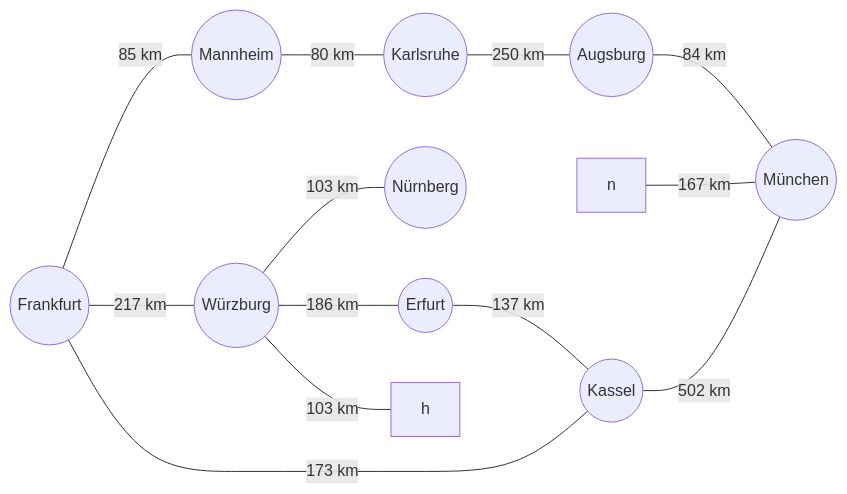
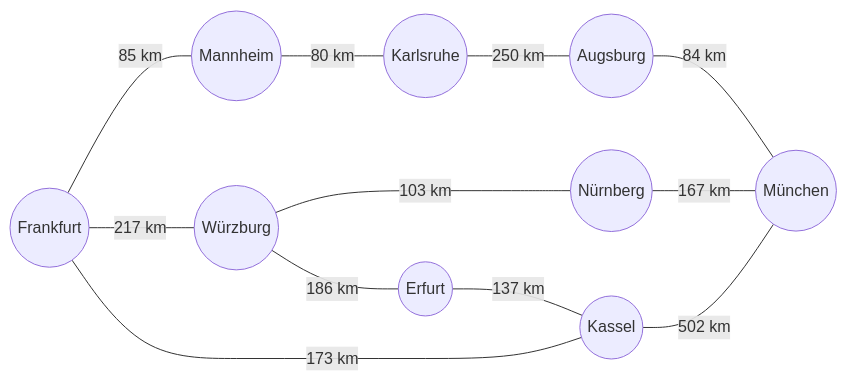
One commit to lebalz/ofi-blog changed the diagram in docs/EF-Algorithmen/09-A-star/index.md. Above: the diagram before and after it, drawn with Mermaid. The commit also changed other lines of this file, not shown here.

````diff
--- a/docs/EF-Algorithmen/09-A-star/index.md
+++ b/docs/EF-Algorithmen/09-A-star/index.md
@@ -132,15 +132,14 @@
 ```mermaid
 flowchart LR
     a((Frankfurt))---|85 km| b((Mannheim))
     b ---|80 km| c((Karlsruhe))
     c---|250 km| d((Augsburg))
     d---|84 km| e((München))
     a---|217 km| i((Würzburg))
     i---|103 km| z((Nürnberg))
     i---|186 km| j((Erfurt))
     j---|137 km| k((Kassel))
-    n---|167 km| e
+    z---|167 km| e
     k---|502 km| e
     a---|173 km| k
-    i---|103 km| h
 ```
````
